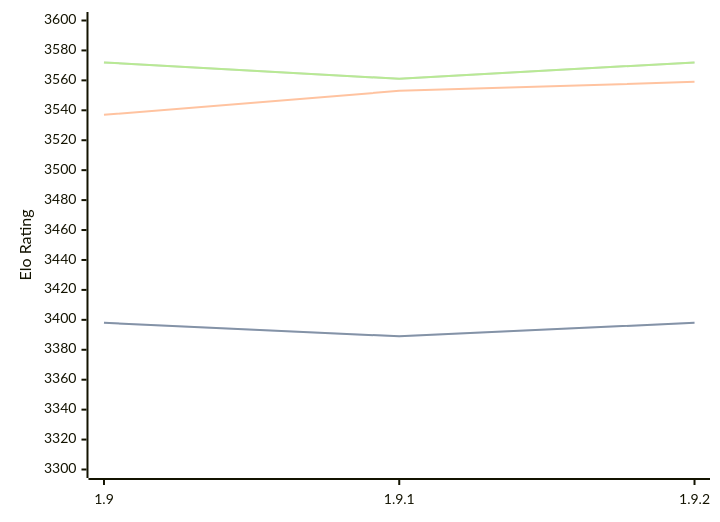
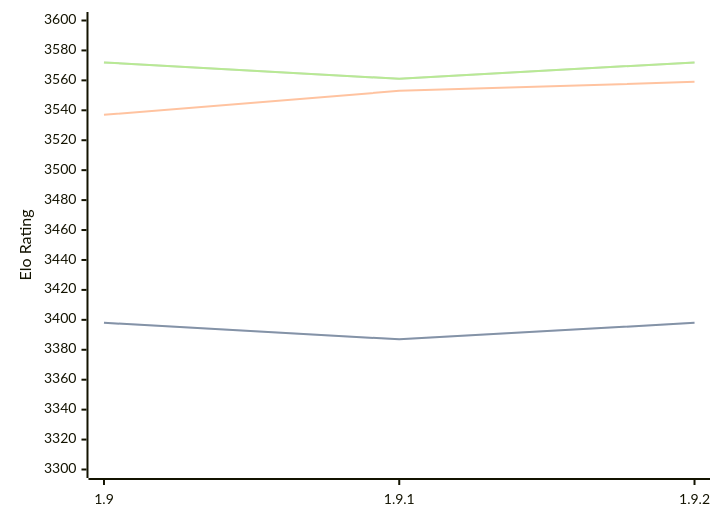
The diagram in engines/Pawnocchio.md (computer-chess-index/cci), drawn with Mermaid before and after one commit. The commit also changed other lines of this file, not shown here.

````diff
--- a/engines/Pawnocchio.md
+++ b/engines/Pawnocchio.md
@@ -48,11 +48,11 @@
 ```mermaid
 %%{init: {"theme":"base","themeVariables":{"seriesColors:['#a3a3a3','#222221','#faa371']}}}%%
 xychart-beta
   x-axis ["1.9", "1.9.1", "1.9.2"]
   y-axis "Elo Rating" 3300 --> 3600
-  line "STC (8.0+0.08s)" [3398, 3389, 3398]
-  line "STC (8.0+0.08s)" [3398, 3389, 3398]
+  line "STC (8.0+0.08s)" [3398, 3387, 3398]
+  line "STC (8.0+0.08s)" [3398, 3387, 3398]
   line "LTC (60.0+0.60s)" [3537, 3553, 3559]
   line "VLTC (2m24s+1.12s)" [3572, 3561, 3572]
   line "VLTC (2m24s+1.12s)" [3572, 3561, 3572]
 ```
````
